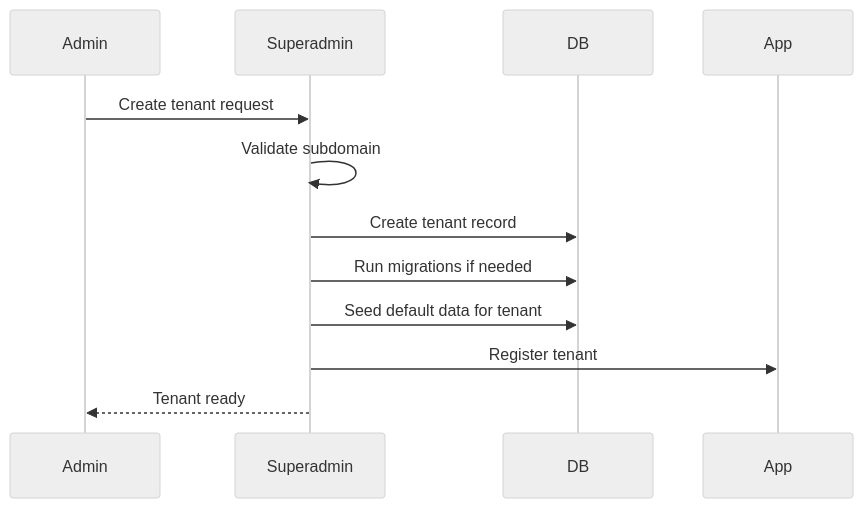
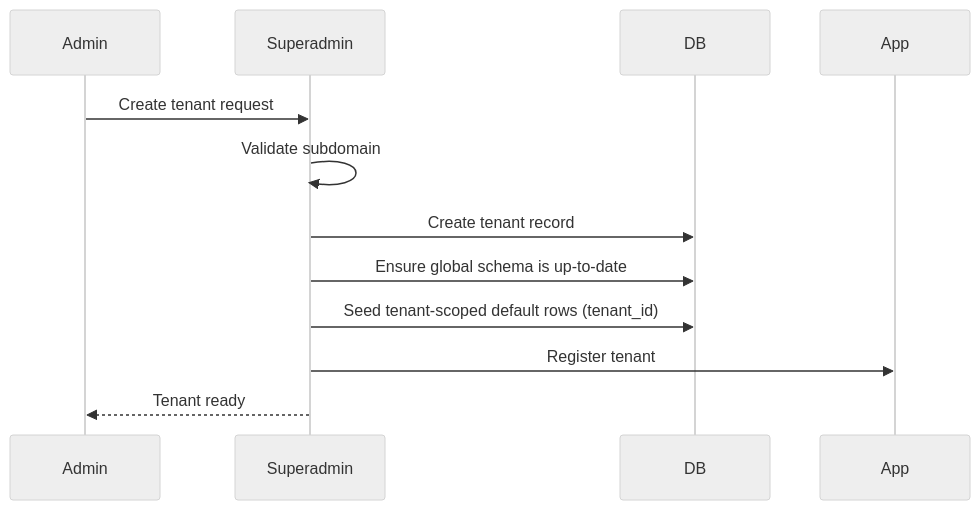
One commit to iota-uz/iota-sdk changed the eighth of 10 diagrams in docs/content/architecture/multi-tenancy.mdx. Above: the diagram before and after it, drawn with Mermaid (neutral theme). The commit also changed 6 other files, not shown here.

````diff
--- a/docs/content/architecture/multi-tenancy.mdx
+++ b/docs/content/architecture/multi-tenancy.mdx
@@ -179,15 +179,15 @@
 ```mermaid
 sequenceDiagram
     participant Admin
     participant Superadmin
     participant DB
     participant App
     
     Admin->>Superadmin: Create tenant request
     Superadmin->>Superadmin: Validate subdomain
     Superadmin->>DB: Create tenant record
-    Superadmin->>DB: Run migrations if needed
-    Superadmin->>DB: Seed default data for tenant
+    Superadmin->>DB: Ensure global schema is up-to-date
+    Superadmin->>DB: Seed tenant-scoped default rows (tenant_id)
     Superadmin->>App: Register tenant
     Superadmin-->>Admin: Tenant ready
 ```
````
